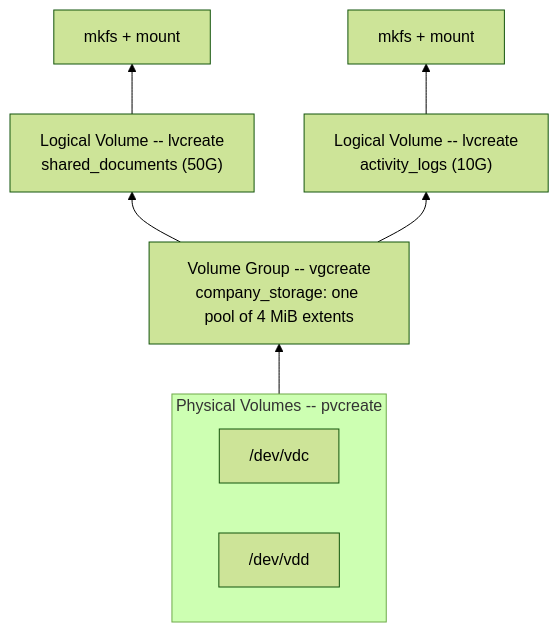
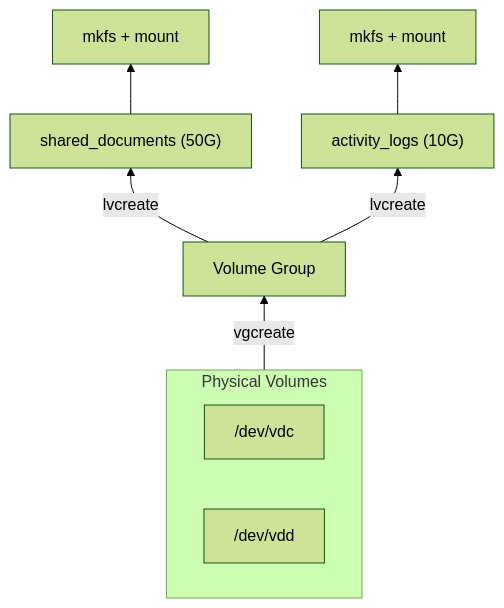
The diagram in sections/section-030/module-01/course-01-why-lvm-and-the-stack.md (astrona-io/ATS004), drawn with Mermaid (forest theme) before and after one commit. The commit also changed other lines of this file and 287 other files, not shown here.

````diff
--- a/sections/section-030/module-01/course-01-why-lvm-and-the-stack.md
+++ b/sections/section-030/module-01/course-01-why-lvm-and-the-stack.md
@@ -48,13 +46,13 @@
 ```mermaid
 flowchart BT
-    subgraph PVs["Physical Volumes -- pvcreate"]
+    subgraph PVs["Physical Volumes"]
         direction LR
         PV1["/dev/vdc"]
         PV2["/dev/vdd"]
     end
-    PVs --> VG["Volume Group -- vgcreate<br/>company_storage: one pool of 4 MiB extents"]
-    VG --> LV1["Logical Volume -- lvcreate<br/>shared_documents (50G)"]
-    VG --> LV2["Logical Volume -- lvcreate<br/>activity_logs (10G)"]
+    PVs -->|"vgcreate"| VG["Volume Group"]
+    VG -->|"lvcreate"| LV1["shared_documents (50G)"]
+    VG -->|"lvcreate"| LV2["activity_logs (10G)"]
     LV1 --> FS1["mkfs + mount"]
     LV2 --> FS2["mkfs + mount"]
 ```
````
